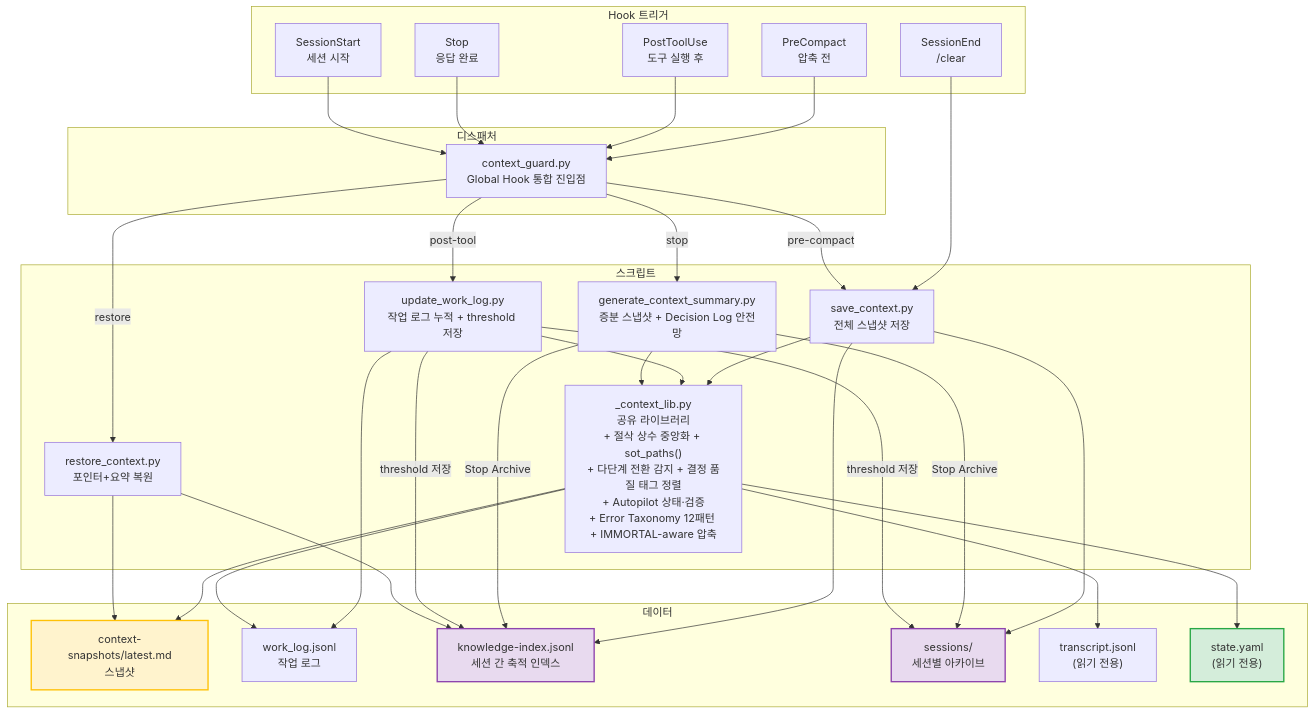
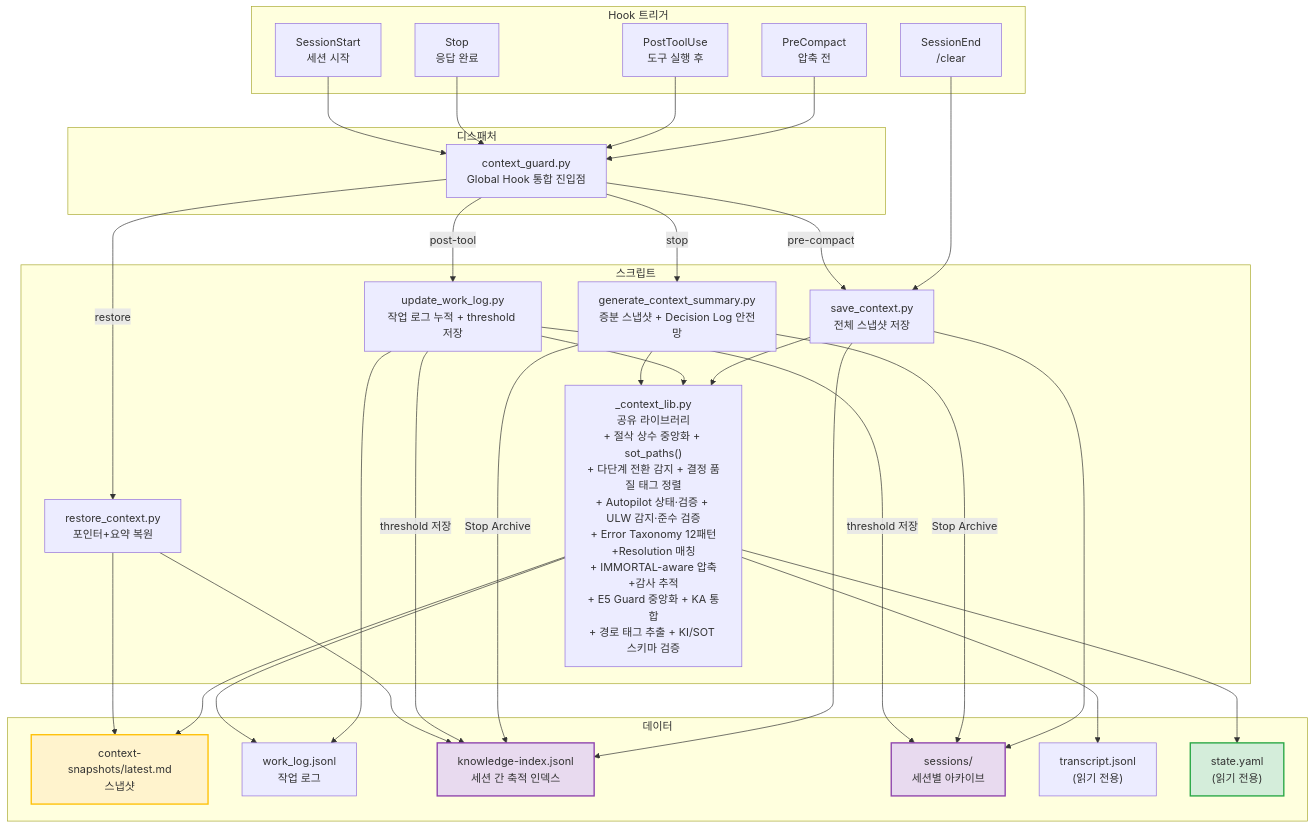
The sixth of 13 diagrams in AGENTICWORKFLOW-ARCHITECTURE-AND-PHILOSOPHY.md (oogisoogi/AgenticWorkflow), drawn with Mermaid before and after one commit. The commit also changed other lines of this file and 12 other files, not shown here.

First line of the commit message:
feat: P1 할루시네이션 봉쇄 + E5 Guard 중앙화 + 전체 문서 동기화

````diff
--- a/AGENTICWORKFLOW-ARCHITECTURE-AND-PHILOSOPHY.md
+++ b/AGENTICWORKFLOW-ARCHITECTURE-AND-PHILOSOPHY.md
@@ -636,64 +638,64 @@
 ```mermaid
 graph TB
     subgraph "Hook 트리거"
         SE["SessionEnd<br/>/clear"]
         PC["PreCompact<br/>압축 전"]
         PTU["PostToolUse<br/>도구 실행 후"]
         ST["Stop<br/>응답 완료"]
         SS["SessionStart<br/>세션 시작"]
     end
 
     subgraph "디스패처"
         CG["context_guard.py<br/>Global Hook 통합 진입점"]
     end
 
     subgraph "스크립트"
         SAVE["save_context.py<br/>전체 스냅샷 저장"]
         UWL["update_work_log.py<br/>작업 로그 누적 + threshold 저장"]
         GCS["generate_context_summary.py<br/>증분 스냅샷 + Decision Log 안전망"]
         REST["restore_context.py<br/>포인터+요약 복원"]
-        LIB["_context_lib.py<br/>공유 라이브러리<br/>+ 절삭 상수 중앙화 + sot_paths()<br/>+ 다단계 전환 감지 + 결정 품질 태그 정렬<br/>+ Autopilot 상태·검증<br/>+ Error Taxonomy 12패턴 + IMMORTAL-aware 압축"]
+        LIB["_context_lib.py<br/>공유 라이브러리<br/>+ 절삭 상수 중앙화 + sot_paths()<br/>+ 다단계 전환 감지 + 결정 품질 태그 정렬<br/>+ Autopilot 상태·검증 + ULW 감지·준수 검증<br/>+ Error Taxonomy 12패턴+Resolution 매칭<br/>+ IMMORTAL-aware 압축+감사 추적<br/>+ E5 Guard 중앙화 + KA 통합<br/>+ 경로 태그 추출 + KI/SOT 스키마 검증"]
     end
 
     subgraph "데이터"
         SNAP["context-snapshots/latest.md<br/>스냅샷"]
         WLOG["work_log.jsonl<br/>작업 로그"]
         KI["knowledge-index.jsonl<br/>세션 간 축적 인덱스"]
         SESS["sessions/<br/>세션별 아카이브"]
         TRANS["transcript.jsonl<br/>(읽기 전용)"]
         SOT2["state.yaml<br/>(읽기 전용)"]
     end
 
     SE --> SAVE
     PC --> CG
     PTU --> CG
     ST --> CG
     SS --> CG
     CG -->|pre-compact| SAVE
     CG -->|post-tool| UWL
     CG -->|stop| GCS
     CG -->|restore| REST
 
     SAVE --> LIB
     UWL --> LIB
     GCS --> LIB
 
     LIB --> TRANS
     LIB --> SOT2
     LIB --> SNAP
     UWL --> WLOG
     LIB --> WLOG
     SAVE --> KI
     SAVE --> SESS
     GCS -->|"Stop Archive"| KI
     GCS -->|"Stop Archive"| SESS
     UWL -->|"threshold 저장"| KI
     UWL -->|"threshold 저장"| SESS
     REST --> SNAP
     REST --> KI
 
     style SOT2 fill:#d4edda,stroke:#28a745,stroke-width:2px
     style SNAP fill:#fff3cd,stroke:#ffc107,stroke-width:2px
     style KI fill:#e8daef,stroke:#8e44ad,stroke-width:2px
     style SESS fill:#e8daef,stroke:#8e44ad,stroke-width:2px
 ```
````
